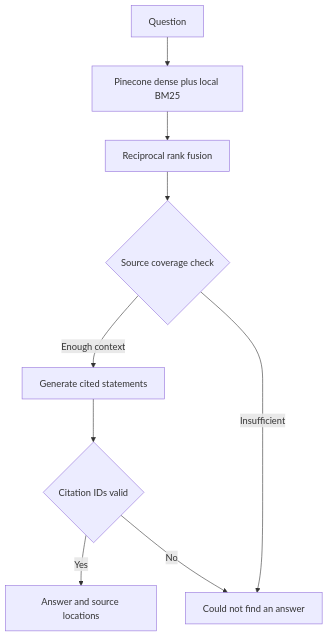
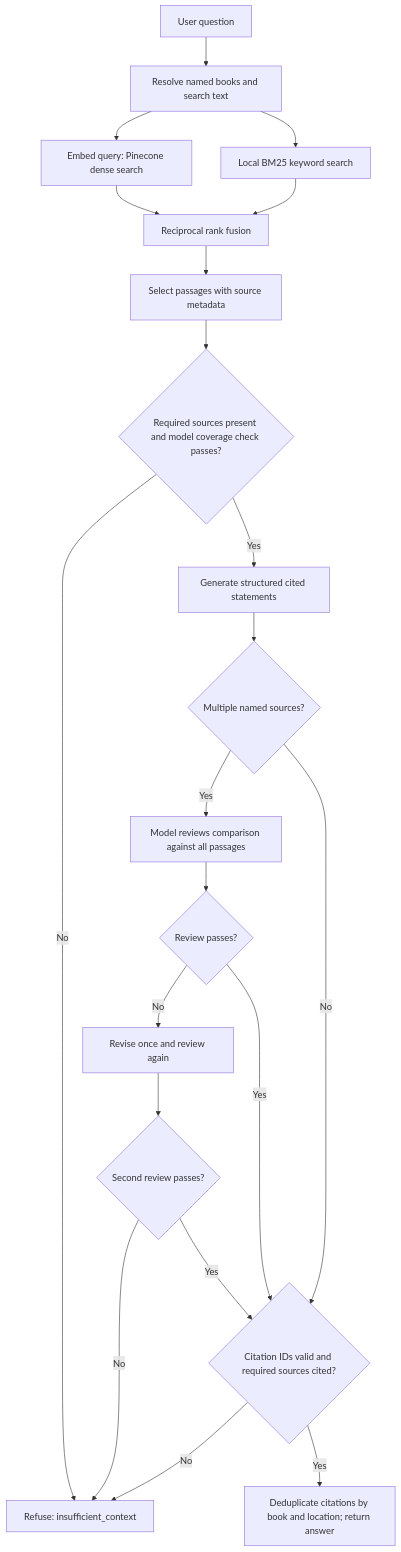
Before and after one commit to shyamsrini364/quantum-primer: the diagram in README.md, drawn with Mermaid. The commit also changed other lines of this file, not shown here.

Commit message:
docs: expand README retrieval and verification diagram

````diff
--- a/README.md
+++ b/README.md
@@ -161,11 +161,23 @@
 ```mermaid
 flowchart TD
-    Q[Question] --> R[Pinecone dense plus local BM25]
-    R --> F[Reciprocal rank fusion]
-    F --> G{Source coverage check}
-    G -->|Enough context| A[Generate cited statements]
-    G -->|Insufficient| N[Could not find an answer]
-    A --> V{Citation IDs valid}
-    V -->|Yes| O[Answer and source locations]
-    V -->|No| N
+    Q["User question"] --> S["Resolve named books and search text"]
+    S --> D["Embed query: Pinecone dense search"]
+    S --> B["Local BM25 keyword search"]
+    D --> F["Reciprocal rank fusion"]
+    B --> F
+    F --> C["Select passages with source metadata"]
+    C --> G{"Required sources present and model coverage check passes?"}
+    G -->|No| N["Refuse: insufficient_context"]
+    G -->|Yes| A["Generate structured cited statements"]
+    A --> M{"Multiple named sources?"}
+    M -->|Yes| V["Model reviews comparison against all passages"]
+    V --> P{"Review passes?"}
+    P -->|No| R["Revise once and review again"]
+    R --> T{"Second review passes?"}
+    T -->|No| N
+    T -->|Yes| I
+    P -->|Yes| I
+    M -->|No| I{"Citation IDs valid and required sources cited?"}
+    I -->|No| N
+    I -->|Yes| O["Deduplicate citations by book and location; return answer"]
 ```
````
